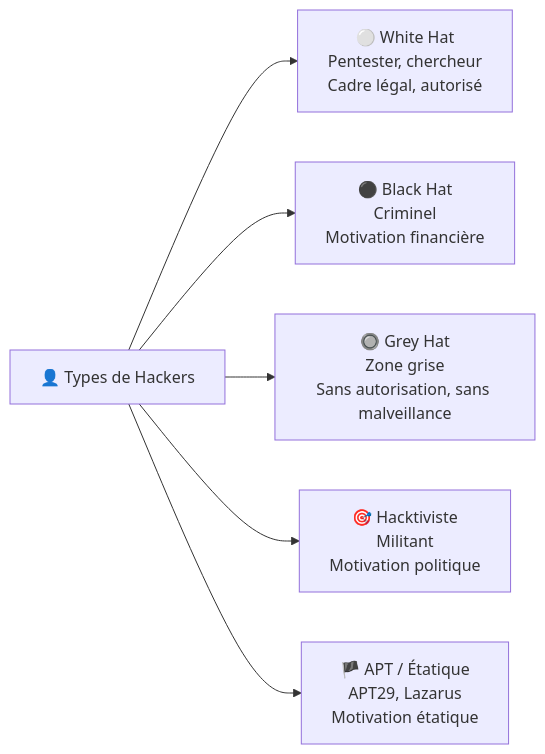
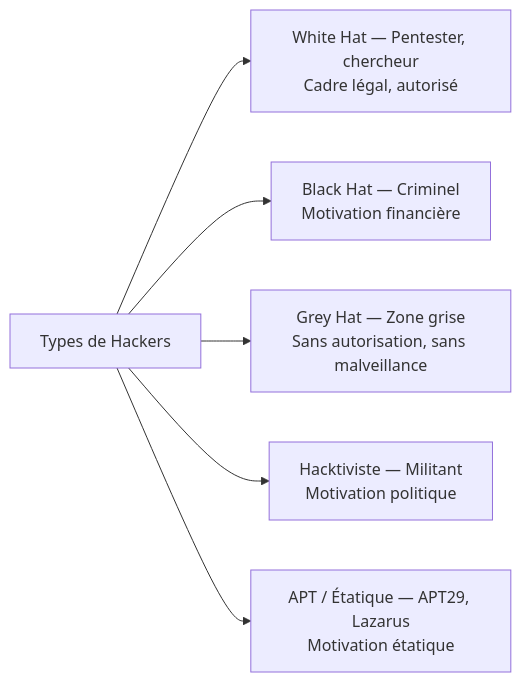
The third of 5 diagrams in JOUR-01.md (yugmerabtene/techniques-de-hacking-niveau-1), drawn with Mermaid before and after one commit. The commit also changed other lines of this file and 8 other files, not shown here.

````diff
--- a/JOUR-01.md
+++ b/JOUR-01.md
@@ -221,8 +270,8 @@
 ```mermaid
 flowchart LR
-    A["👤 Types de Hackers"] --> B["⚪ White Hat<br/>Pentester, chercheur<br/>Cadre légal, autorisé"]
-    A --> C["⚫ Black Hat<br/>Criminel<br/>Motivation financière"]
-    A --> D["🔘 Grey Hat<br/>Zone grise<br/>Sans autorisation, sans malveillance"]
-    A --> E["🎯 Hacktiviste<br/>Militant<br/>Motivation politique"]
-    A --> F["🏴 APT / Étatique<br/>APT29, Lazarus<br/>Motivation étatique"]
+    A["Types de Hackers"] --> B["White Hat — Pentester, chercheur<br/>Cadre légal, autorisé"]
+    A --> C["Black Hat — Criminel<br/>Motivation financière"]
+    A --> D["Grey Hat — Zone grise<br/>Sans autorisation, sans malveillance"]
+    A --> E["Hacktiviste — Militant<br/>Motivation politique"]
+    A --> F["APT / Étatique — APT29, Lazarus<br/>Motivation étatique"]
 ```
````
